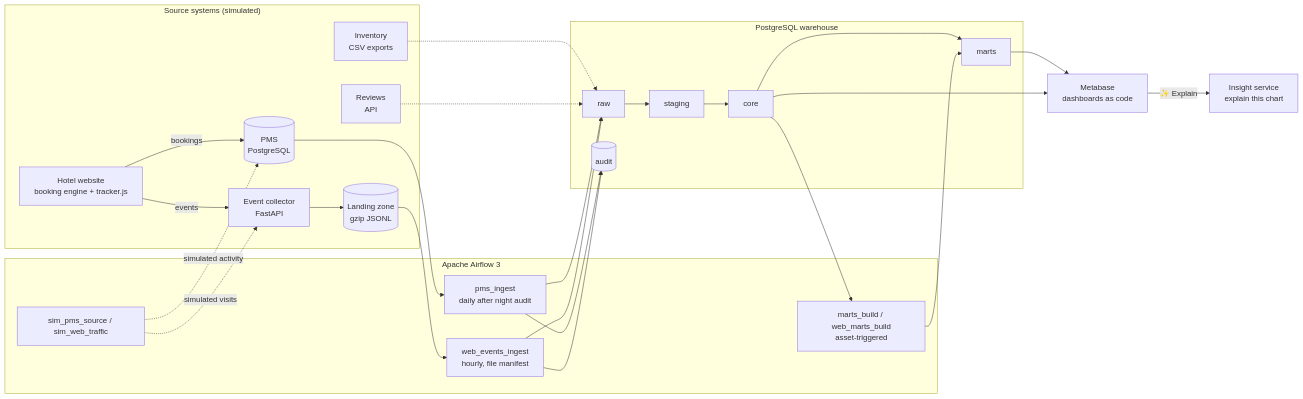
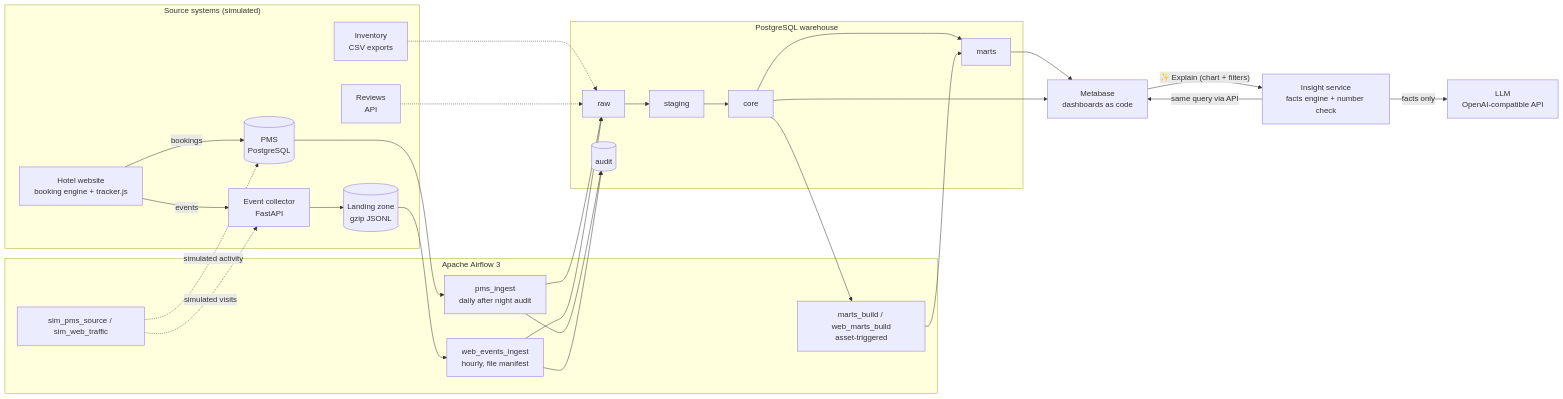
The diagram in README.md (haoran-yang-henry/hotelpulse), drawn with Mermaid before and after one commit. The commit also changed other lines of this file and 4 other files, not shown here.

````diff
--- a/README.md
+++ b/README.md
@@ -59,41 +70,44 @@
 ```mermaid
 flowchart LR
     subgraph sources["Source systems (simulated)"]
         PMS[("PMS<br/>PostgreSQL")]
         WEB["Hotel website<br/>booking engine + tracker.js"]
         COL["Event collector<br/>FastAPI"]
         LZ[("Landing zone<br/>gzip JSONL")]
         INV["Inventory<br/>CSV exports"]
         REV["Reviews<br/>API"]
     end
 
     subgraph airflow["Apache Airflow 3"]
         SIM["sim_pms_source / sim_web_traffic"]
         ING["pms_ingest<br/>daily after night audit"]
         WING["web_events_ingest<br/>hourly, file manifest"]
         MART["marts_build / web_marts_build<br/>asset-triggered"]
     end
 
     subgraph dwh["PostgreSQL warehouse"]
         RAW[raw] --> STG[staging] --> CORE[core] --> MARTS[marts]
         AUDIT[(audit)]
     end
 
     MB["Metabase<br/>dashboards as code"]
-    EXP["Insight service<br/>explain this chart"]
+    EXP["Insight service<br/>facts engine + number check"]
+    LLM["LLM<br/>OpenAI-compatible API"]
 
     SIM -. simulated activity .-> PMS
     SIM -. simulated visits .-> COL
     WEB -- bookings --> PMS
     WEB -- events --> COL --> LZ
     PMS --> ING --> RAW
     LZ --> WING --> RAW
     INV -.-> RAW
     REV -.-> RAW
     CORE --> MART --> MARTS
     ING --> AUDIT
     WING --> AUDIT
     MARTS --> MB
     CORE --> MB
-    MB -- "✨ Explain" --> EXP
+    MB -- "✨ Explain (chart + filters)" --> EXP
+    EXP -- "same query via API" --> MB
+    EXP -- "facts only" --> LLM
 ```
````
